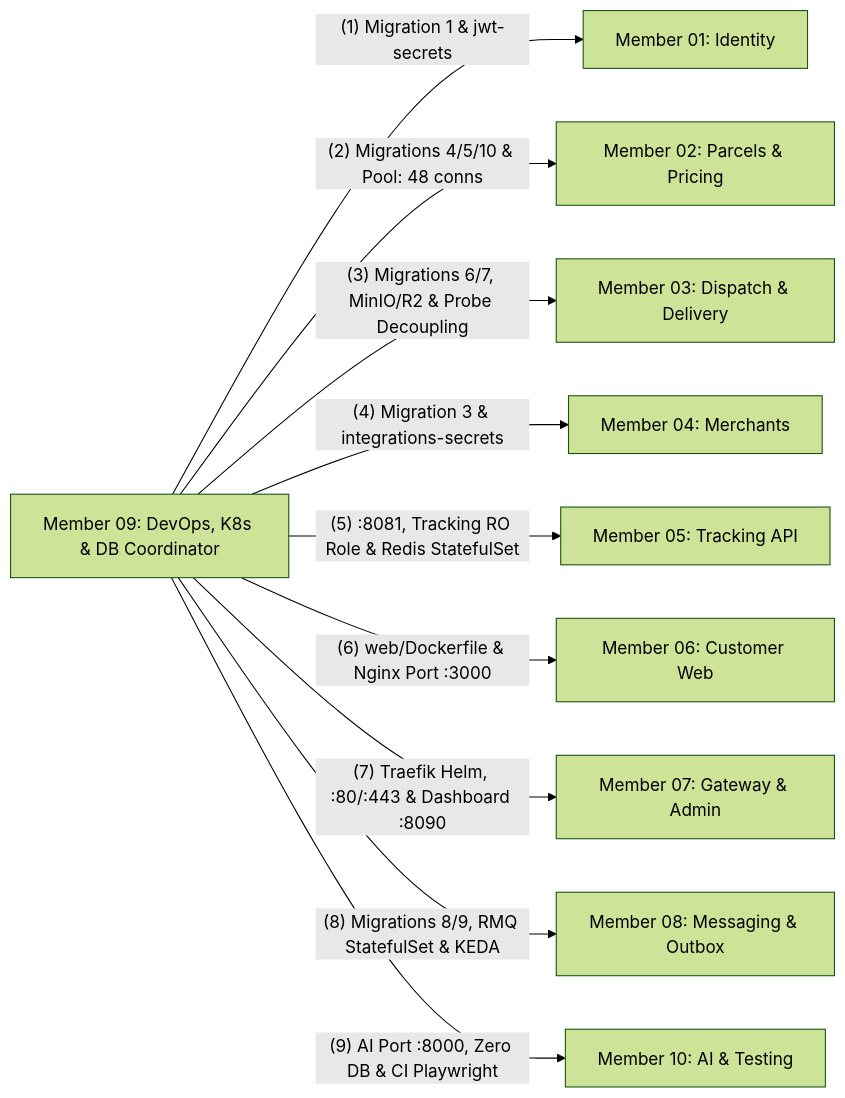
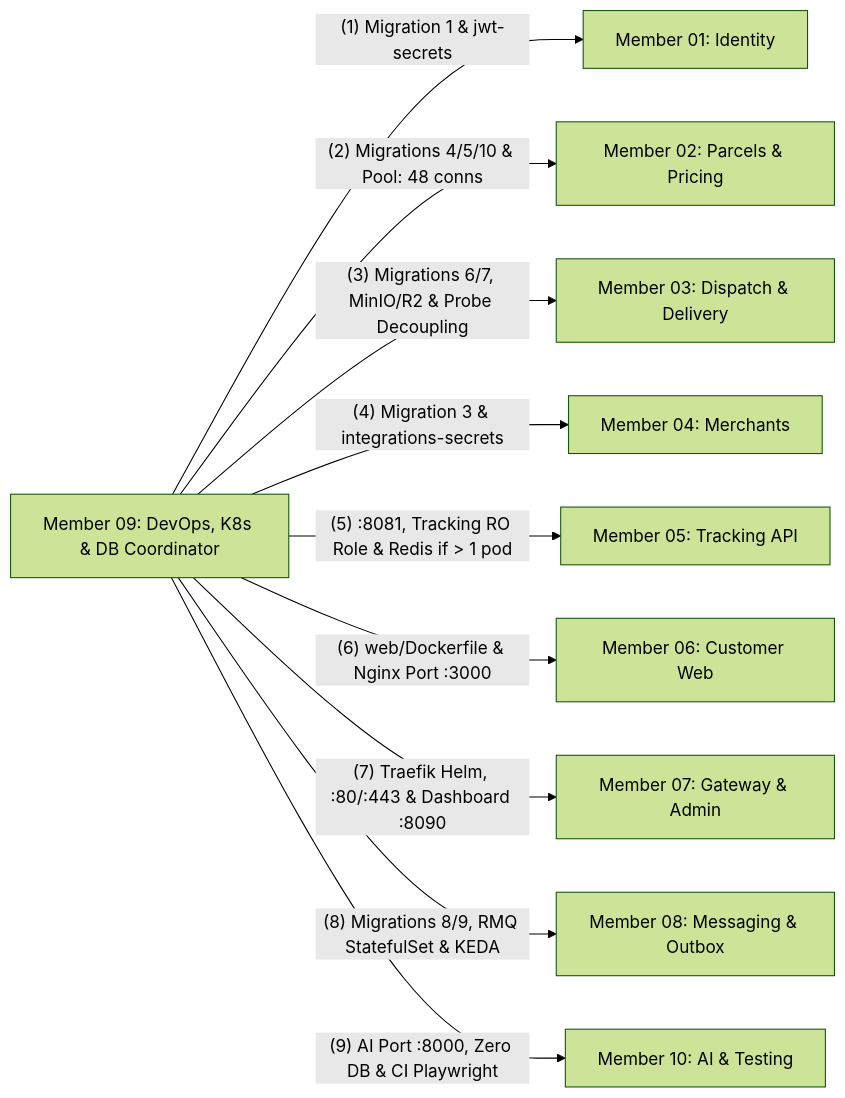
Before and after one commit to phantomTroupeEAD/SwiftDrop: the second of 3 diagrams in docs/drafts/member-09-devops-k8s/MEMBER_09_ALIGNMENT_AND_SPECIFICATION_GUIDE.md, drawn with Mermaid (forest theme). The commit also changed other lines of this file and 16 other files, not shown here.

````diff
--- a/docs/drafts/member-09-devops-k8s/MEMBER_09_ALIGNMENT_AND_SPECIFICATION_GUIDE.md
+++ b/docs/drafts/member-09-devops-k8s/MEMBER_09_ALIGNMENT_AND_SPECIFICATION_GUIDE.md
@@ -114,14 +113,14 @@
 ```mermaid
 flowchart LR
     M9["Member 09: DevOps, K8s & DB Coordinator"]
     
     M9 -->|"(1) Migration 1 & jwt-secrets"| M1["Member 01: Identity"]
     M9 -->|"(2) Migrations 4/5/10 & Pool: 48 conns"| M2["Member 02: Parcels & Pricing"]
     M9 -->|"(3) Migrations 6/7, MinIO/R2 & Probe Decoupling"| M3["Member 03: Dispatch & Delivery"]
     M9 -->|"(4) Migration 3 & integrations-secrets"| M4["Member 04: Merchants"]
-    M9 -->|"(5) :8081, Tracking RO Role & Redis StatefulSet"| M5["Member 05: Tracking API"]
+    M9 -->|"(5) :8081, Tracking RO Role & Redis if > 1 pod"| M5["Member 05: Tracking API"]
     M9 -->|"(6) web/Dockerfile & Nginx Port :3000"| M6["Member 06: Customer Web"]
     M9 -->|"(7) Traefik Helm, :80/:443 & Dashboard :8090"| M7["Member 07: Gateway & Admin"]
     M9 -->|"(8) Migrations 8/9, RMQ StatefulSet & KEDA"| M8["Member 08: Messaging & Outbox"]
     M9 -->|"(9) AI Port :8000, Zero DB & CI Playwright"| M10["Member 10: AI & Testing"]
 ```
````
